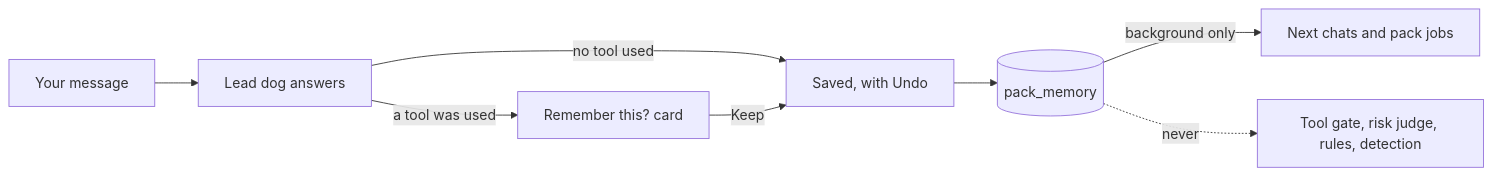
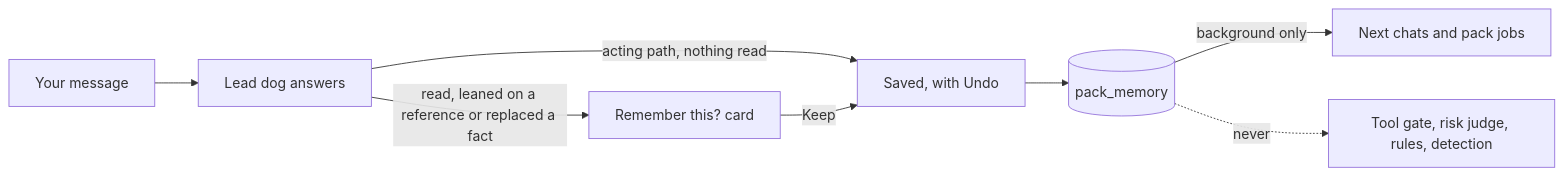
One commit to ShmalexM/Vigil-at-Home changed the fourth of 4 diagrams in docs/pack.md. Above: the diagram before and after it, drawn with Mermaid. The commit also changed other lines of this file and 6 other files, not shown here.

````diff
--- a/docs/pack.md
+++ b/docs/pack.md
@@ -131,10 +140,10 @@
 ```mermaid
 flowchart LR
   you[Your message] --> lead[Lead dog answers]
-  lead -->|no tool used| keep[Saved, with Undo]
-  lead -->|a tool was used| card["Remember this? card"]
+  lead -->|acting path, nothing read| keep[Saved, with Undo]
+  lead -->|read, leaned on a reference or replaced a fact| card["Remember this? card"]
   card -->|Keep| keep
   keep --> mem[(pack_memory)]
   mem -->|background only| chat[Next chats and pack jobs]
   mem -. never .-> gate[Tool gate, risk judge, rules, detection]
 ```
````
